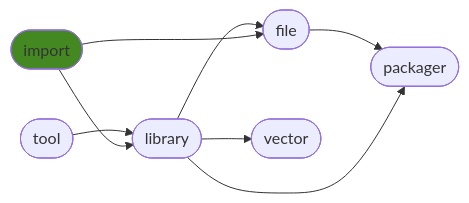
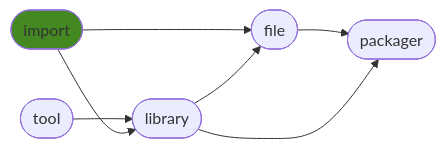
The diagram in README.md (ManderaGeneral/generalimport), drawn with Mermaid before and after one commit. The commit also changed other lines of this file and 1 other file, not shown here.

Commit message:
[CI AUTO] Sync triggered by generalpackager

````diff
--- a/README.md
+++ b/README.md
@@ -28,17 +28,15 @@
 ```mermaid
 flowchart LR
-2([library]) --> 4([vector])
+0([import]) --> 3([file])
+3([file]) --> 4([packager])
 1([tool]) --> 2([library])
-3([file]) --> 5([packager])
+0([import]) --> 2([library])
+2([library]) --> 4([packager])
 2([library]) --> 3([file])
-0([import]) --> 2([library])
-0([import]) --> 3([file])
-2([library]) --> 5([packager])
 click 0 "https://github.com/ManderaGeneral/generalimport"
 click 1 "https://github.com/ManderaGeneral/generaltool"
 click 2 "https://github.com/ManderaGeneral/generallibrary"
 click 3 "https://github.com/ManderaGeneral/generalfile"
-click 4 "https://github.com/ManderaGeneral/generalvector"
-click 5 "https://github.com/ManderaGeneral/generalpackager"
+click 4 "https://github.com/ManderaGeneral/generalpackager"
 style 0 fill:#482
 ```
````
